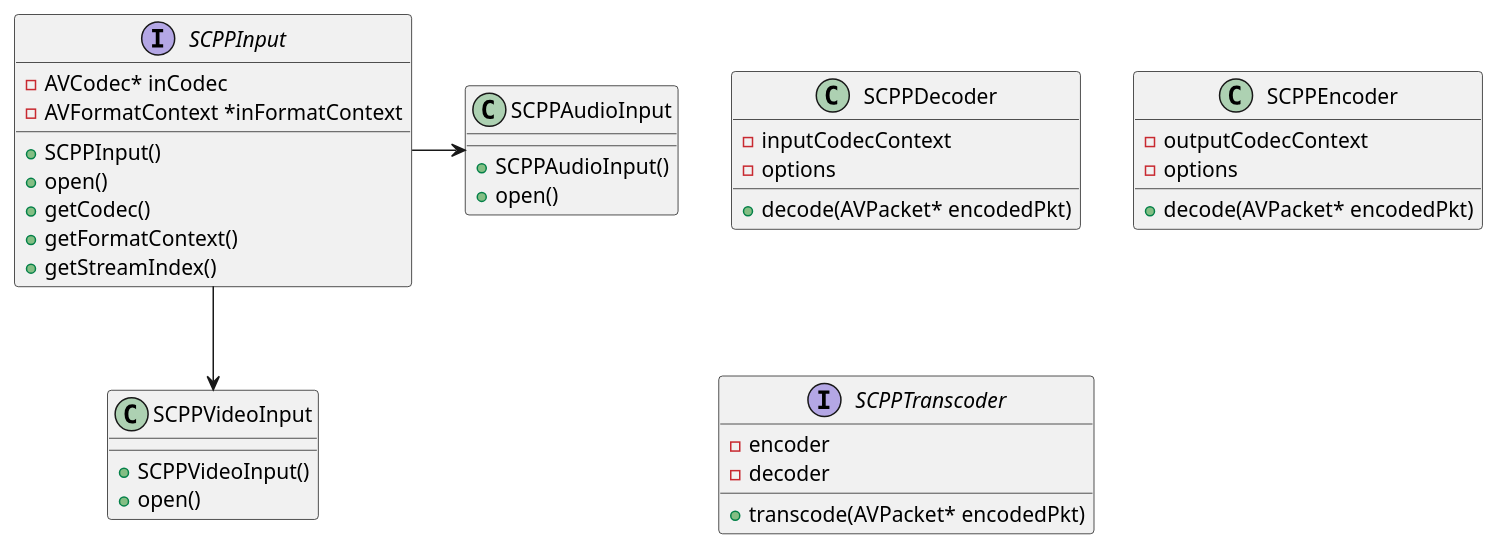
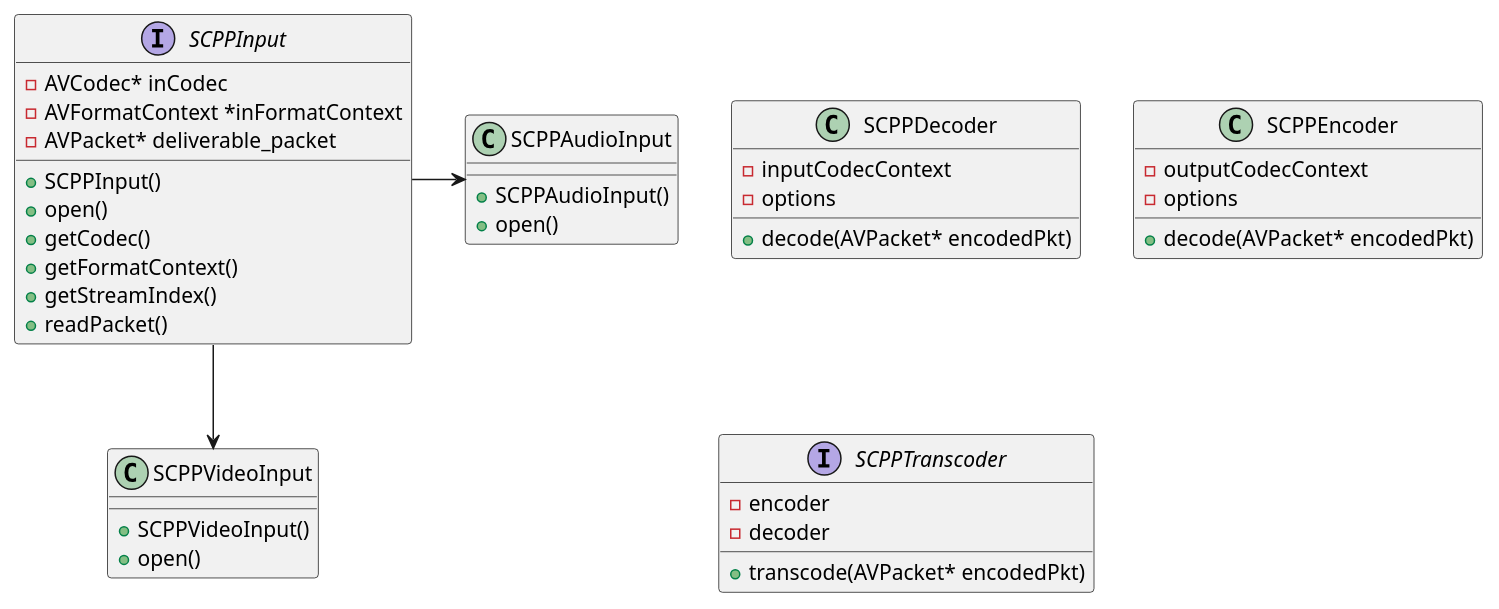
Before and after one commit to giuliocarot0/screenreclib: the diagram in README.md, drawn with PlantUML. The commit also changed 2 other files, not shown here.

Commit message:
implements readPacket method

````diff
--- a/README.md
+++ b/README.md
@@ -3,49 +3,50 @@
 ```plantuml
 Interface SCPPInput {
     - AVCodec* inCodec
     - AVFormatContext *inFormatContext
-    
+    - AVPacket* deliverable_packet
 
-    +SCPPInput()
+    + SCPPInput()
     + open() 
     + getCodec()
     + getFormatContext()
     + getStreamIndex()
+    + readPacket()
 }
 
 
 Class SCPPVideoInput {
     + SCPPVideoInput()
     + open()
  
 }
 
 Class SCPPAudioInput {
     + SCPPAudioInput()
     + open()
 }
 
 Class SCPPDecoder {
     - inputCodecContext
     - options
     
     + decode(AVPacket* encodedPkt)
 }
 
 Class SCPPEncoder {
     - outputCodecContext
     - options
     + decode(AVPacket* encodedPkt)
 }
 
 Interface SCPPTranscoder {
     - encoder
     - decoder 
 
     
     + transcode(AVPacket* encodedPkt)
 }
 
 SCPPInput --> SCPPVideoInput
 SCPPInput -> SCPPAudioInput
 ```
````
